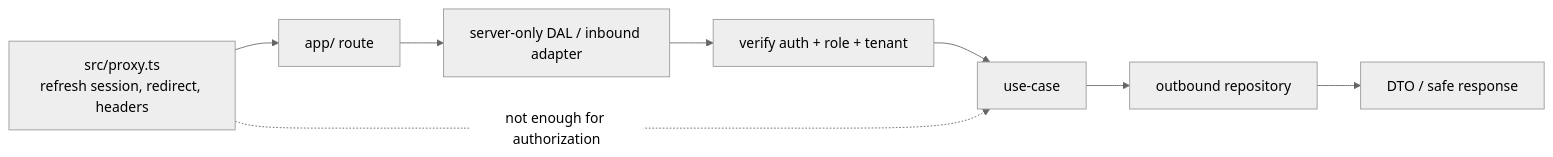
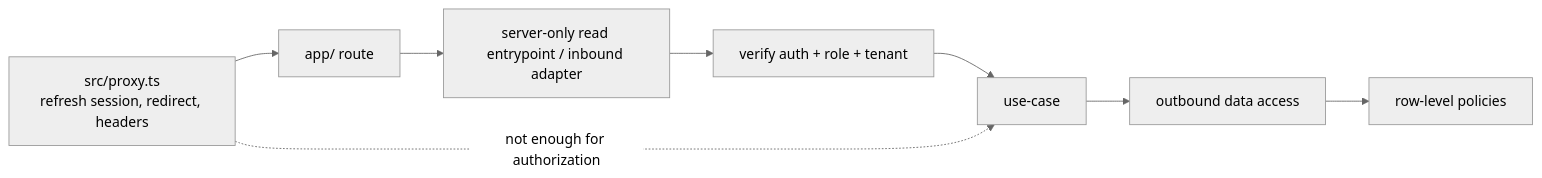
The fourth of 6 diagrams in docs/architecture-contract.md (clicktronix/nextjs-clean-skills), drawn with Mermaid (neutral theme) before and after one commit. The commit also changed other lines of this file and 68 other files, not shown here.

````diff
--- a/docs/architecture-contract.md
+++ b/docs/architecture-contract.md
@@ -142,11 +191,11 @@
 ```mermaid
 flowchart LR
   Proxy["src/proxy.ts\nrefresh session, redirect, headers"] --> App["app/ route"]
-  App --> DAL["server-only DAL / inbound adapter"]
-  DAL --> Verify["verify auth + role + tenant"]
+  App --> Entry["server-only read entrypoint / inbound adapter"]
+  Entry --> Verify["verify auth + role + tenant"]
   Verify --> UseCase["use-case"]
-  UseCase --> Repo["outbound repository"]
-  Repo --> DTO["DTO / safe response"]
+  UseCase --> Data["outbound data access"]
+  Data --> Policy["row-level policies"]
 
   Proxy -. "not enough for authorization" .-> UseCase
 ```
````
